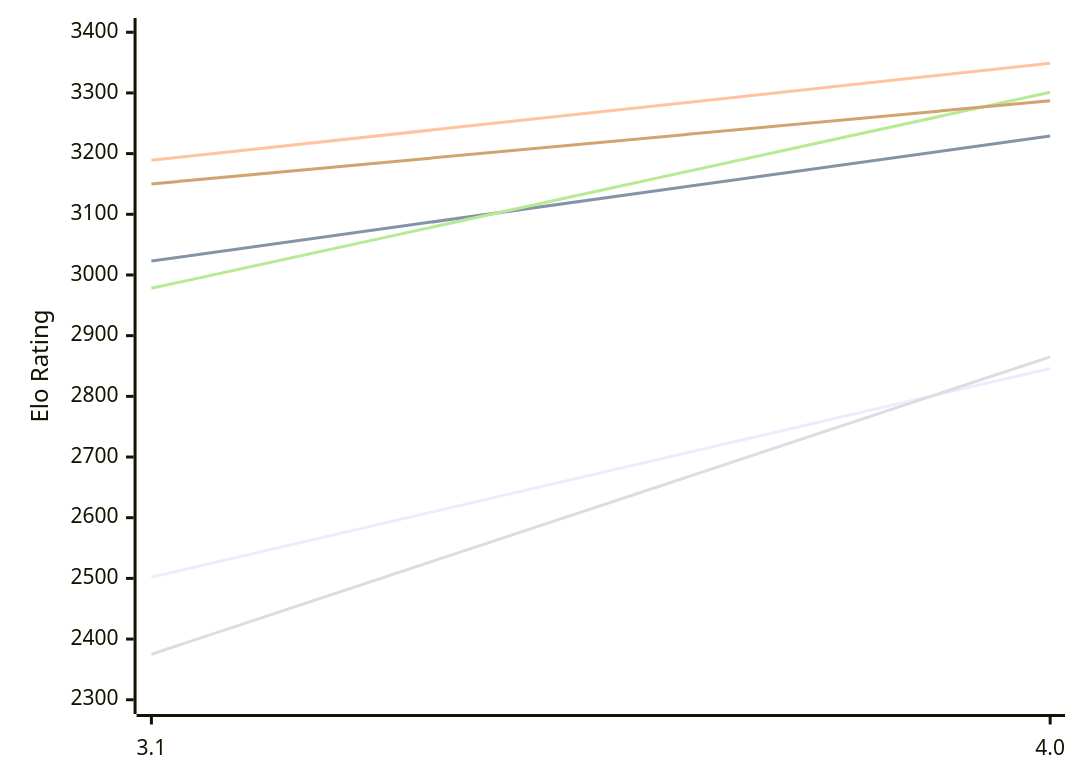
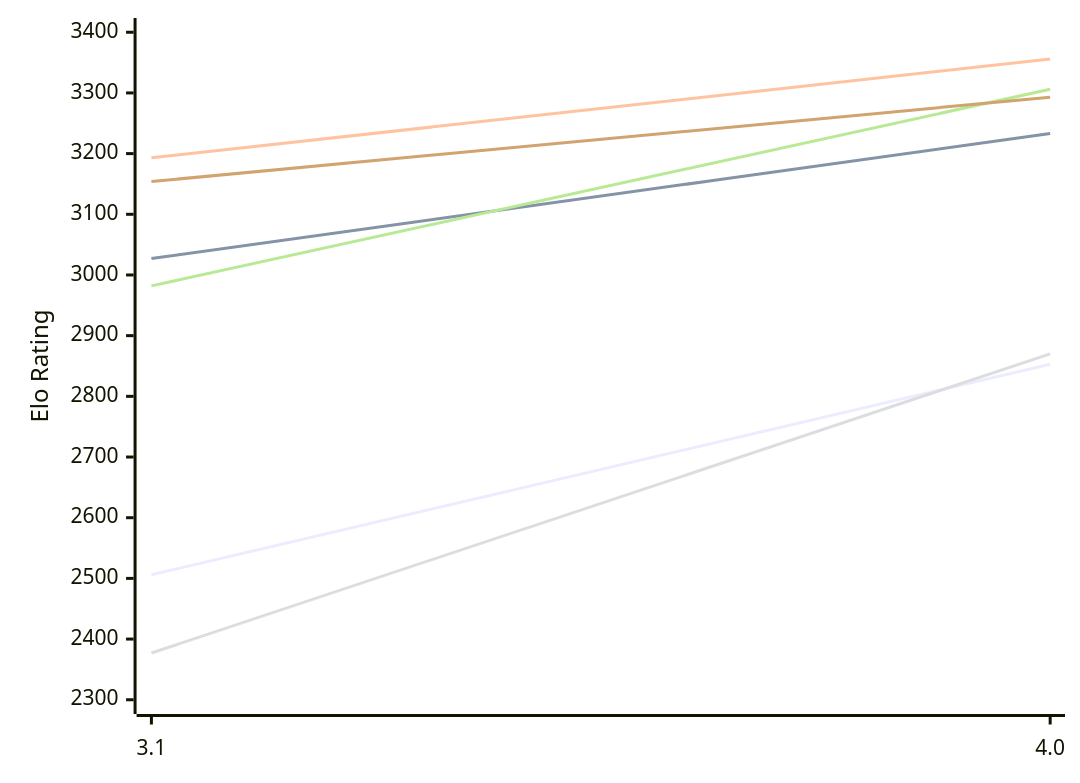
The first of 2 diagrams in engines/Sykora.md (computer-chess-index/cci), drawn with Mermaid before and after one commit. The commit also changed other lines of this file, not shown here.

Commit message:
Update CCI Ratings (ELO VLTC) - 2026-11-20

````diff
--- a/engines/Sykora.md
+++ b/engines/Sykora.md
@@ -53,12 +53,12 @@
 ```mermaid
 %%{init: {"theme":"base","themeVariables":{"seriesColors:['#a3a3a3','#222221','#faa371']}}}%%
 xychart-beta
   x-axis ["3.1", "4.0"]
   y-axis "Elo Rating" 2300 --> 3400
-  line "E1: STC (8.0+0.08s)" [2502, 2846]
-  line "E1: LTC (60.0+0.60s)" [3023, 3229]
-  line "E1: VLTC (2m24s+1.12s)" [3189, 3349]
-  line "P1: STC (8.0+0.08s)" [2375, 2865]
-  line "P1: LTC (60.0+0.60s)" [2978, 3301]
-  line "P1: VLTC (2m24s+1.12s)" [3150, 3287]
+  line "E1: STC (8.0+0.08s)" [2506, 2853]
+  line "E1: LTC (60.0+0.60s)" [3027, 3233]
+  line "E1: VLTC (2m24s+1.12s)" [3193, 3356]
+  line "P1: STC (8.0+0.08s)" [2377, 2870]
+  line "P1: LTC (60.0+0.60s)" [2982, 3306]
+  line "P1: VLTC (2m24s+1.12s)" [3154, 3293]
 ```
````
